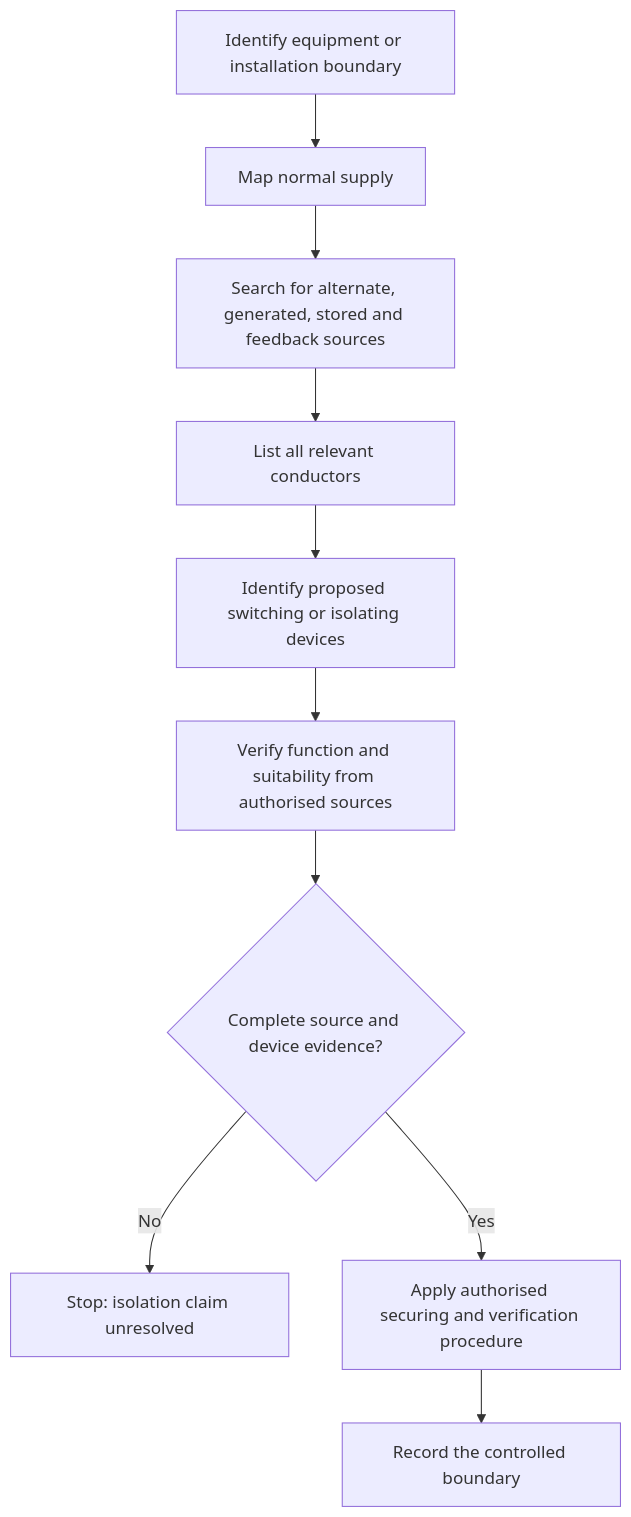
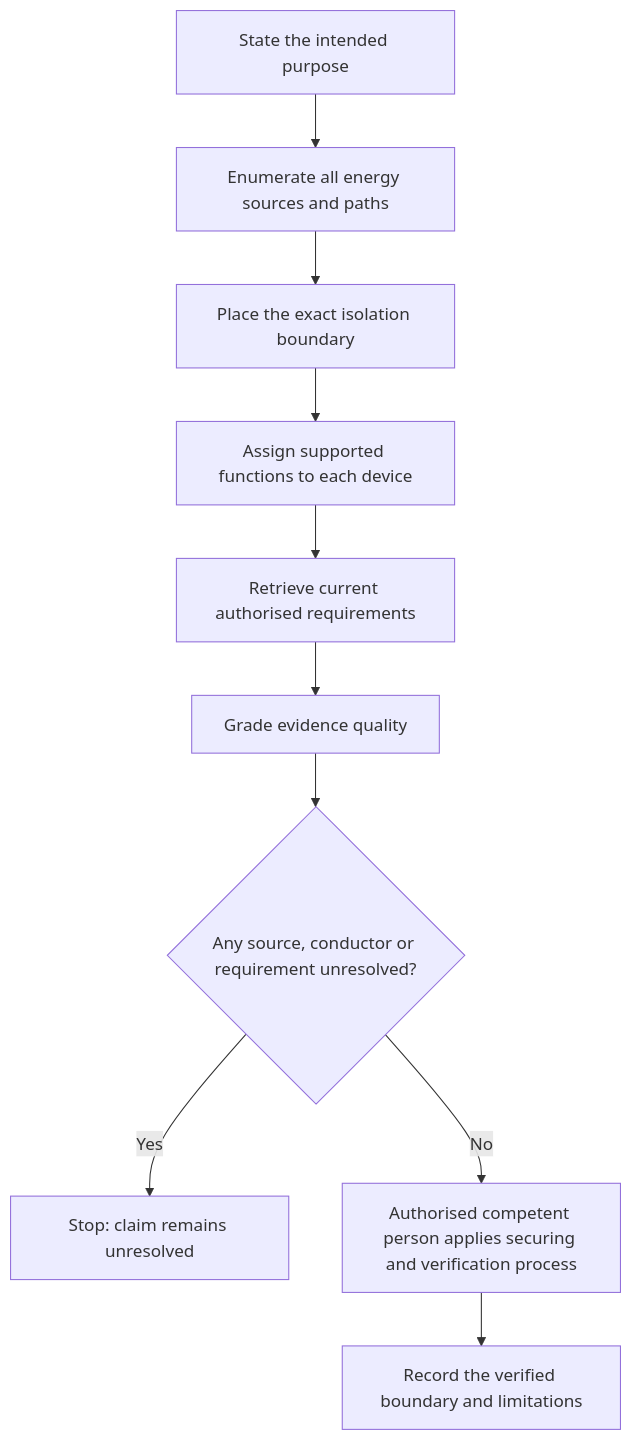
The first of 2 diagrams in docs/learning-plans/4-week/modules/day-13a-switching-isolation-and-main-switches.md (andrew3stedall/capstone), drawn with Mermaid before and after one commit. The commit also changed other lines of this file, not shown here.

Commit message:
Improve Day 13A switching and isolation module

````diff
--- a/docs/learning-plans/4-week/modules/day-13a-switching-isolation-and-main-switches.md
+++ b/docs/learning-plans/4-week/modules/day-13a-switching-isolation-and-main-switches.md
@@ -129,12 +156,12 @@
 ```mermaid
 flowchart TD
-    A["Identify equipment or installation boundary"] --> B["Map normal supply"]
-    B --> C["Search for alternate, generated, stored and feedback sources"]
-    C --> D["List all relevant conductors"]
-    D --> E["Identify proposed switching or isolating devices"]
-    E --> F["Verify function and suitability from authorised sources"]
-    F --> G{"Complete source and device evidence?"}
-    G -->|"No"| H["Stop: isolation claim unresolved"]
-    G -->|"Yes"| I["Apply authorised securing and verification procedure"]
-    I --> J["Record the controlled boundary"]
+    A["State the intended purpose"] --> B["Enumerate all energy sources and paths"]
+    B --> C["Place the exact isolation boundary"]
+    C --> D["Assign supported functions to each device"]
+    D --> E["Retrieve current authorised requirements"]
+    E --> F["Grade evidence quality"]
+    F --> G{"Any source, conductor or requirement unresolved?"}
+    G -->|"Yes"| H["Stop: claim remains unresolved"]
+    G -->|"No"| I["Authorised competent person applies securing and verification process"]
+    I --> J["Record the verified boundary and limitations"]
 ```
````
